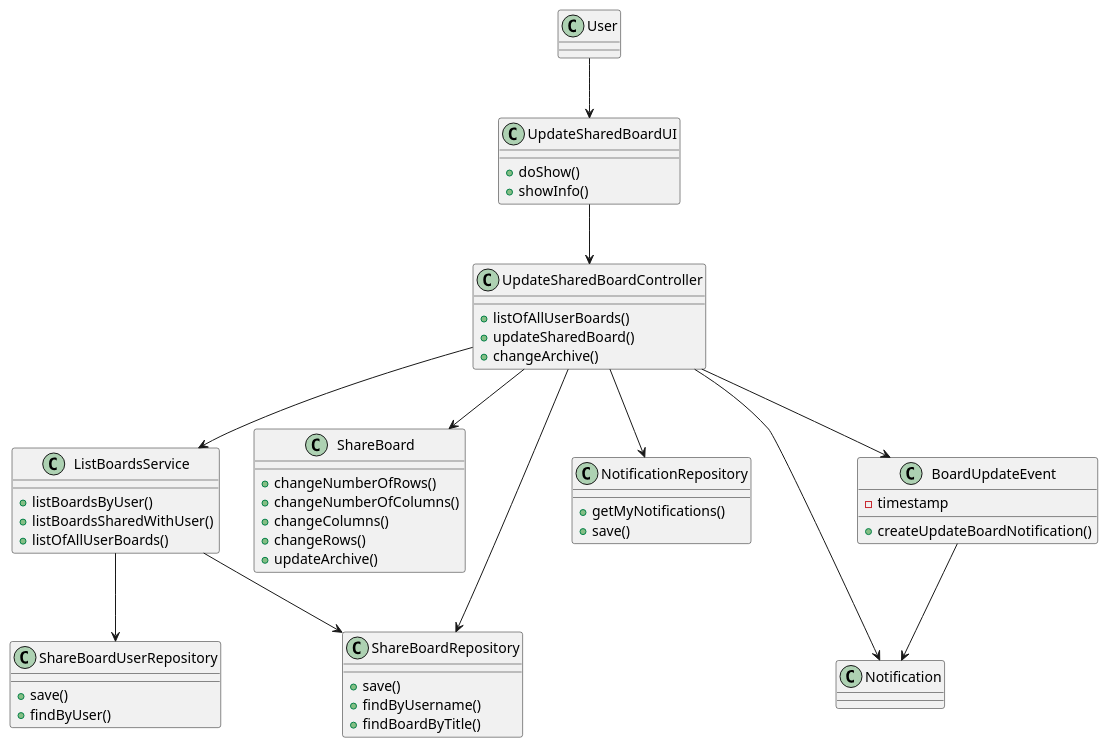
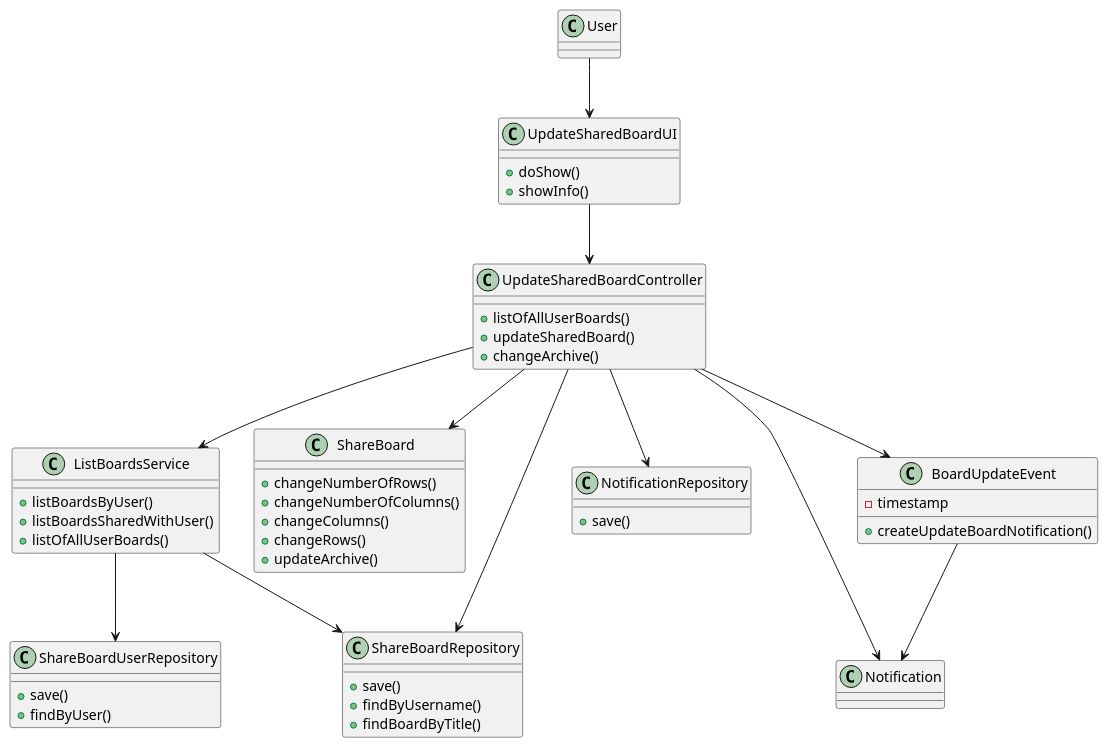
Before and after one commit to mascenso/isep-sem4-lapr4: the diagram in docs/SPRINT C/US3005 - View shared board updates/US3005-CD.puml, drawn with PlantUML.

Commit message:
[Sprint C][US3005] Documentation improvement

```diff
--- a/docs/SPRINT C/US3005 - View shared board updates/US3005-CD.puml
+++ b/docs/SPRINT C/US3005 - View shared board updates/US3005-CD.puml
@@ -1,68 +1,67 @@
 @startuml
 
 class User
 
 class UpdateSharedBoardUI {
     +doShow()
     +showInfo()
 }
 
 class UpdateSharedBoardController {
     +listOfAllUserBoards()
     +updateSharedBoard()
     +changeArchive()
 }
 
 class ListBoardsService {
     +listBoardsByUser()
     +listBoardsSharedWithUser()
     +listOfAllUserBoards()
 }
 
 class ShareBoard {
     +changeNumberOfRows()
     +changeNumberOfColumns()
     +changeColumns()
     +changeRows()
     +updateArchive()
 }
 
 
 class Notification {
 }
 
 class NotificationRepository{
-    +getMyNotifications()
     +save()
 }
 
 class ShareBoardRepository{
     +save()
     +findByUsername()
     +findBoardByTitle()
 }
 
 class ShareBoardUserRepository{
     +save()
     +findByUser()
 }
 
 
 class BoardUpdateEvent{
     -timestamp
     +createUpdateBoardNotification()
 }
 
 
 User-->UpdateSharedBoardUI
 UpdateSharedBoardUI-->UpdateSharedBoardController
 UpdateSharedBoardController-->ListBoardsService
 UpdateSharedBoardController-->ShareBoard
 UpdateSharedBoardController-->Notification
 UpdateSharedBoardController-->BoardUpdateEvent
 UpdateSharedBoardController-->NotificationRepository
 UpdateSharedBoardController-->ShareBoardRepository
 ListBoardsService-->ShareBoardRepository
 ListBoardsService-->ShareBoardUserRepository
 BoardUpdateEvent-->Notification
 @enduml
```
